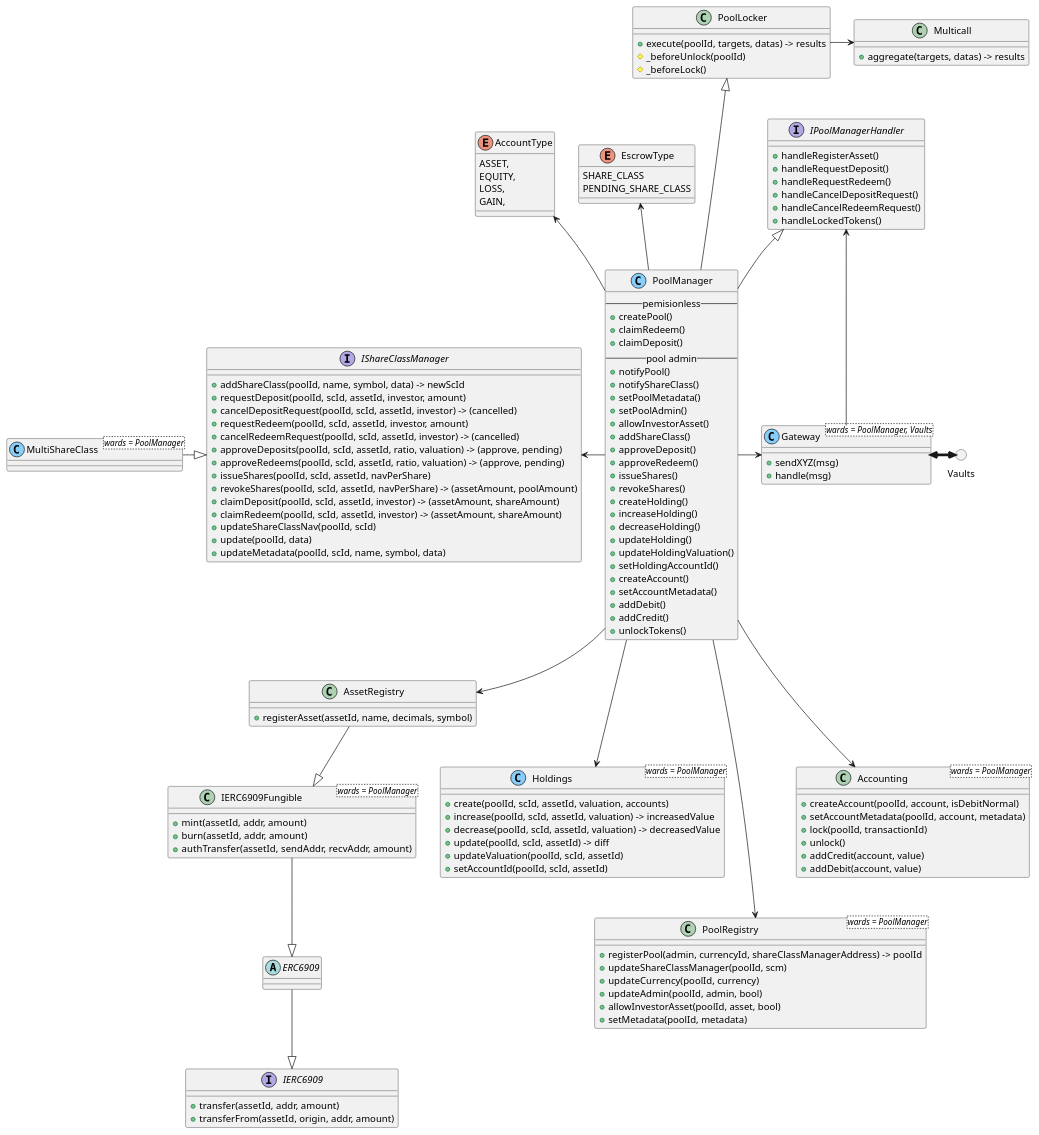
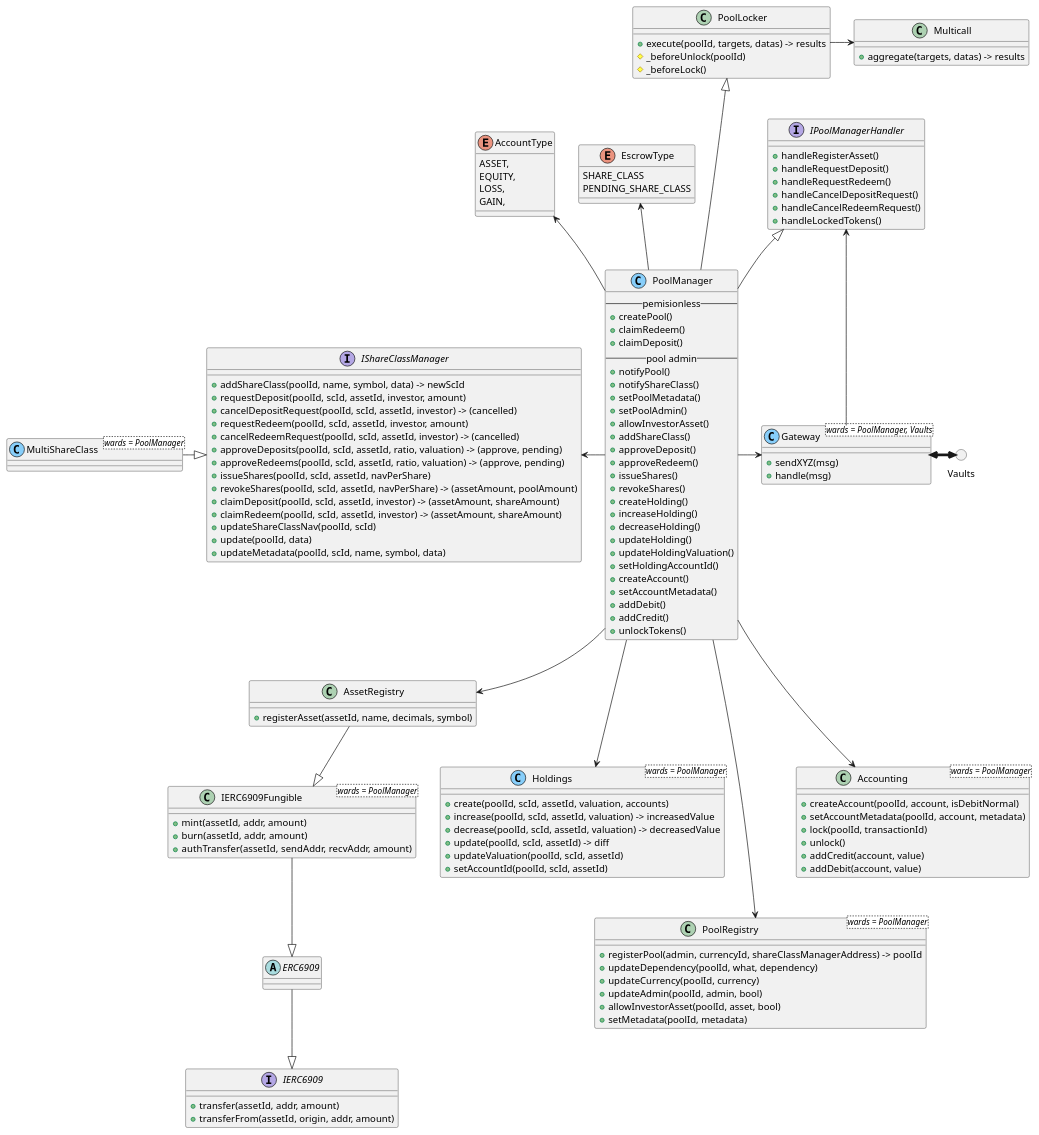
Before and after one commit to centrifuge/protocol: the diagram in docs/pools/architecture.puml, drawn with PlantUML. The commit also changed 5 other files, not shown here.

```diff
--- a/docs/pools/architecture.puml
+++ b/docs/pools/architecture.puml
@@ -1,155 +1,155 @@
 @startuml
 circle Vaults
 
 interface IERC6909 {
     + transfer(assetId, addr, amount)
     + transferFrom(assetId, origin, addr, amount)
 }
 
 abstract ERC6909 { }
 
 ERC6909 --|> IERC6909
 
 class IERC6909Fungible<wards = PoolManager> {
     + mint(assetId, addr, amount)
     + burn(assetId, addr, amount)
     + authTransfer(assetId, sendAddr, recvAddr, amount)
 }
 
 IERC6909Fungible --|> ERC6909
 
 class AssetRegistry {
     + registerAsset(assetId, name, decimals, symbol)
 }
 
 AssetRegistry --|> IERC6909Fungible
 
 class Holdings<wards = PoolManager> <<(C, lightskyblue)>> {
     + create(poolId, scId, assetId, valuation, accounts)
     + increase(poolId, scId, assetId, valuation) -> increasedValue
     + decrease(poolId, scId, assetId, valuation) -> decreasedValue
     + update(poolId, scId, assetId) -> diff
     + updateValuation(poolId, scId, assetId)
     + setAccountId(poolId, scId, assetId)
 }
 
 class PoolRegistry<wards = PoolManager> {
     + registerPool(admin, currencyId, shareClassManagerAddress) -> poolId
-    + updateShareClassManager(poolId, scm)
+    + updateDependency(poolId, what, dependency)
     + updateCurrency(poolId, currency)
     + updateAdmin(poolId, admin, bool)
     + allowInvestorAsset(poolId, asset, bool)
     + setMetadata(poolId, metadata)
 }
 
 interface IShareClassManager {
     + addShareClass(poolId, name, symbol, data) -> newScId
     + requestDeposit(poolId, scId, assetId, investor, amount)
     + cancelDepositRequest(poolId, scId, assetId, investor) -> (cancelled)
     + requestRedeem(poolId, scId, assetId, investor, amount)
     + cancelRedeemRequest(poolId, scId, assetId, investor) -> (cancelled)
     + approveDeposits(poolId, scId, assetId, ratio, valuation) -> (approve, pending)
     + approveRedeems(poolId, scId, assetId, ratio, valuation) -> (approve, pending)
     + issueShares(poolId, scId, assetId, navPerShare)
     + revokeShares(poolId, scId, assetId, navPerShare) -> (assetAmount, poolAmount)
     + claimDeposit(poolId, scId, assetId, investor) -> (assetAmount, shareAmount)
     + claimRedeem(poolId, scId, assetId, investor) -> (assetAmount, shareAmount)
     + updateShareClassNav(poolId, scId)
     + update(poolId, data)
     + updateMetadata(poolId, scId, name, symbol, data)
 }
 
 class MultiShareClass<wards = PoolManager> <<(C, lightskyblue)>>{ }
 MultiShareClass -down|> IShareClassManager
 
 class Accounting<wards = PoolManager> {
     + createAccount(poolId, account, isDebitNormal)
     + setAccountMetadata(poolId, account, metadata)
     + lock(poolId, transactionId)
     + unlock()
     + addCredit(account, value)
     + addDebit(account, value)
 }
 
 class Multicall {
     + aggregate(targets, datas) -> results
 }
 
 class PoolLocker {
     + execute(poolId, targets, datas) -> results
     # _beforeUnlock(poolId)
     # _beforeLock()
 }
 
 PoolLocker -right-> Multicall
 
 enum EscrowType {
     SHARE_CLASS
     PENDING_SHARE_CLASS
 }
 
 enum AccountType {
     ASSET,
     EQUITY,
     LOSS,
     GAIN,
 }
 
 interface IPoolManagerHandler {
     + handleRegisterAsset()
     + handleRequestDeposit()
     + handleRequestRedeem()
     + handleCancelDepositRequest()
     + handleCancelRedeemRequest()
     + handleLockedTokens()
 }
 
 class PoolManager <<(C, lightskyblue)>> {
     -- pemisionless --
     + createPool()
     + claimRedeem()
     + claimDeposit()
     -- pool admin --
     + notifyPool()
     + notifyShareClass()
     + setPoolMetadata()
     + setPoolAdmin()
     + allowInvestorAsset()
     + addShareClass()
     + approveDeposit()
     + approveRedeem()
     + issueShares()
     + revokeShares()
     + createHolding()
     + increaseHolding()
     + decreaseHolding()
     + updateHolding()
     + updateHoldingValuation()
     + setHoldingAccountId()
     + createAccount()
     + setAccountMetadata()
     + addDebit()
     + addCredit()
     + unlockTokens()
 }
 
 PoolManager -up-|> IPoolManagerHandler
 PoolManager -up--|> PoolLocker
 PoolManager -up-> EscrowType
 PoolManager -up-> AccountType
 PoolManager -down---> PoolRegistry
 PoolManager -left-> IShareClassManager
 PoolManager -down--> Accounting
 PoolManager -down-> AssetRegistry
 PoolManager -down--> Holdings
 PoolManager -right-> Gateway
 
 class Gateway<wards = PoolManager, Vaults> <<(C, lightskyblue)>> {
     + sendXYZ(msg)
     + handle(msg)
 }
 
 Gateway <-[thickness=4]right-> Vaults
 Gateway -up-> IPoolManagerHandler
 
 @enduml
```
